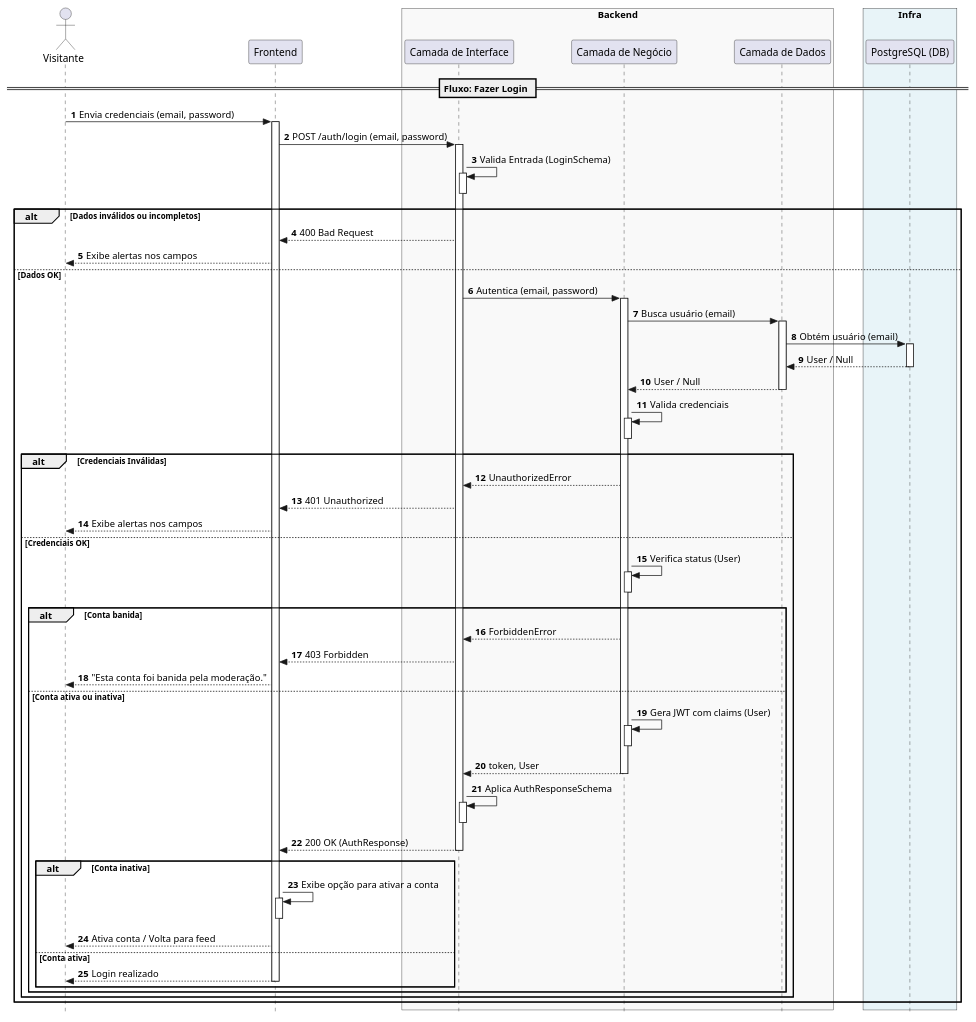
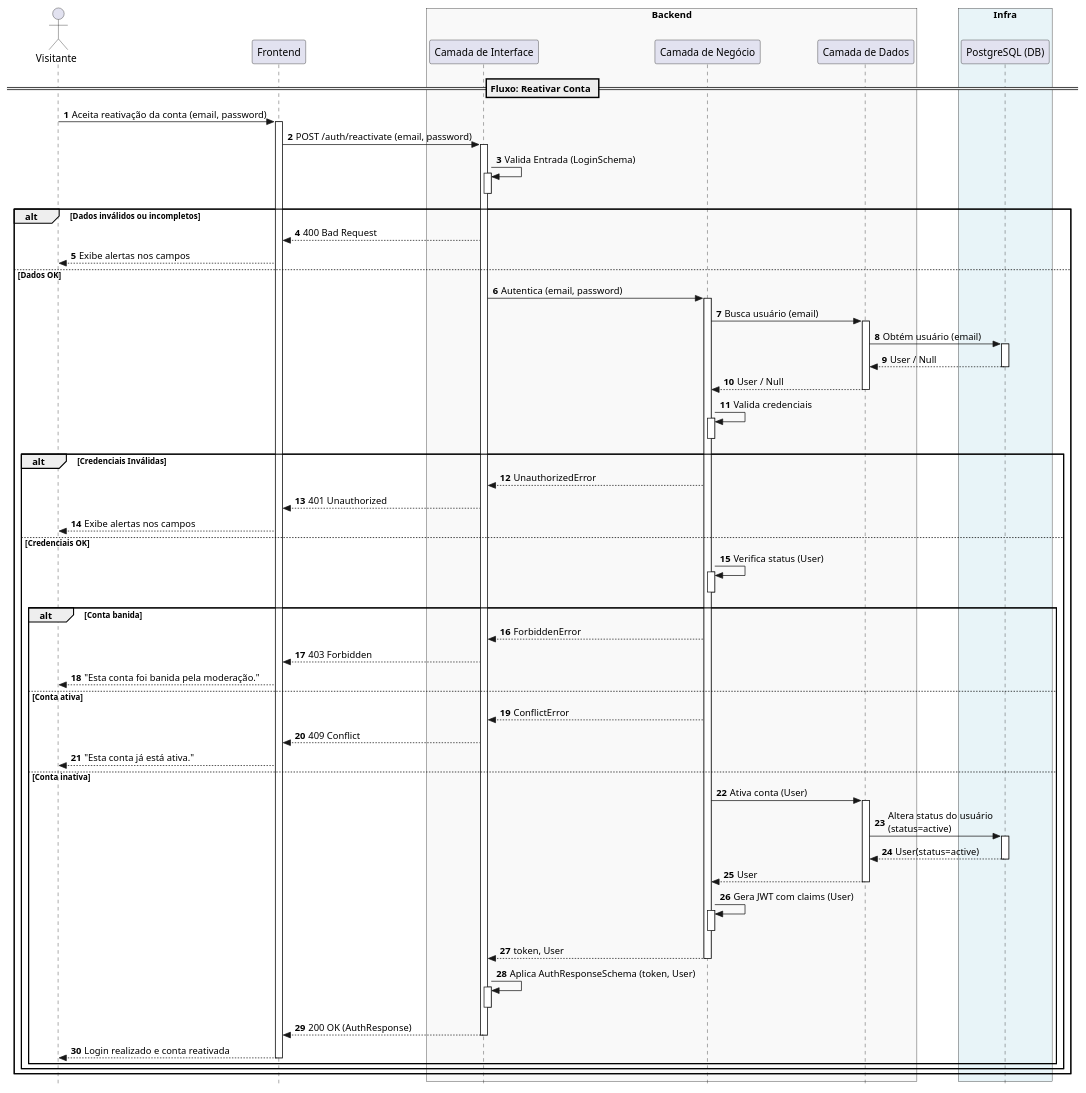
One commit to karlsen16/OndeTa changed the diagram in docs/uml/sequence/puml/03_user_reactivation.puml. Above: the diagram before and after it, drawn with PlantUML. The commit also changed 16 other files, not shown here.

```diff
--- a/docs/uml/sequence/puml/03_user_reactivation.puml
+++ b/docs/uml/sequence/puml/03_user_reactivation.puml
@@ -1,83 +1,87 @@
 @startuml
 autonumber
 skinparam style strictuml
 
 actor "Visitante" as Guest
 participant "Frontend" as UI
 
 box "Backend" #f9f9f9
     participant "Camada de Interface" as CI
     participant "Camada de Negócio" as CN
     participant "Camada de Dados" as CD
 end box
 
 box "Infra" #e8f4f8
     participant "PostgreSQL (DB)" as DB
 end box
 
-== Fluxo: Fazer Login ==
+== Fluxo: Reativar Conta ==
 
-Guest -> UI : Envia credenciais (email, password)
+Guest -> UI : Aceita reativação da conta (email, password)
 activate UI
-UI -> CI : POST /auth/login (email, password)
+UI -> CI : POST /auth/reactivate (email, password)
 activate CI
 CI -> CI : Valida Entrada (LoginSchema)
 activate CI
 deactivate CI
 
 alt Dados inválidos ou incompletos
     CI --> UI : 400 Bad Request
     UI --> Guest : Exibe alertas nos campos
 else Dados OK
     CI -> CN : Autentica (email, password)
     activate CN
     CN -> CD : Busca usuário (email)
     activate CD
     CD -> DB : Obtém usuário (email)
     activate DB
     DB --> CD : User / Null
     deactivate DB
     CD --> CN : User / Null
     deactivate CD
     CN -> CN : Valida credenciais
     activate CN
     deactivate CN
 
     alt Credenciais Inválidas
         CN --> CI : UnauthorizedError
         CI --> UI : 401 Unauthorized
         UI --> Guest : Exibe alertas nos campos
     else Credenciais OK
         CN -> CN : Verifica status (User)
         activate CN
         deactivate CN
 
         alt Conta banida
             CN --> CI : ForbiddenError
             CI --> UI : 403 Forbidden
             UI --> Guest : "Esta conta foi banida pela moderação."
-        else Conta ativa ou inativa
+        else Conta ativa
+            CN --> CI : ConflictError
+            CI --> UI : 409 Conflict
+            UI --> Guest : "Esta conta já está ativa."
+        else Conta inativa
+            CN -> CD : Ativa conta (User)
+            activate CD
+            CD -> DB : Altera status do usuário\n(status=active)
+            activate DB
+            DB --> CD : User(status=active)
+            deactivate DB
+            CD --> CN : User
+            deactivate CD
             CN -> CN : Gera JWT com claims (User)
             activate CN
             deactivate CN
             CN --> CI : token, User
             deactivate CN
-            CI -> CI : Aplica AuthResponseSchema
+            CI -> CI : Aplica AuthResponseSchema (token, User)
             activate CI
             deactivate CI
             CI --> UI : 200 OK (AuthResponse)
             deactivate CI
-
-            alt Conta inativa
-                UI -> UI : Exibe opção para ativar a conta
-                activate UI
-                deactivate UI
-                UI --> Guest : Ativa conta / Volta para feed
-            else Conta ativa
-                UI --> Guest : Login realizado
-                deactivate UI
-            end
+            UI --> Guest : Login realizado e conta reativada
+            deactivate UI
         end
     end
 end
 @enduml
```
